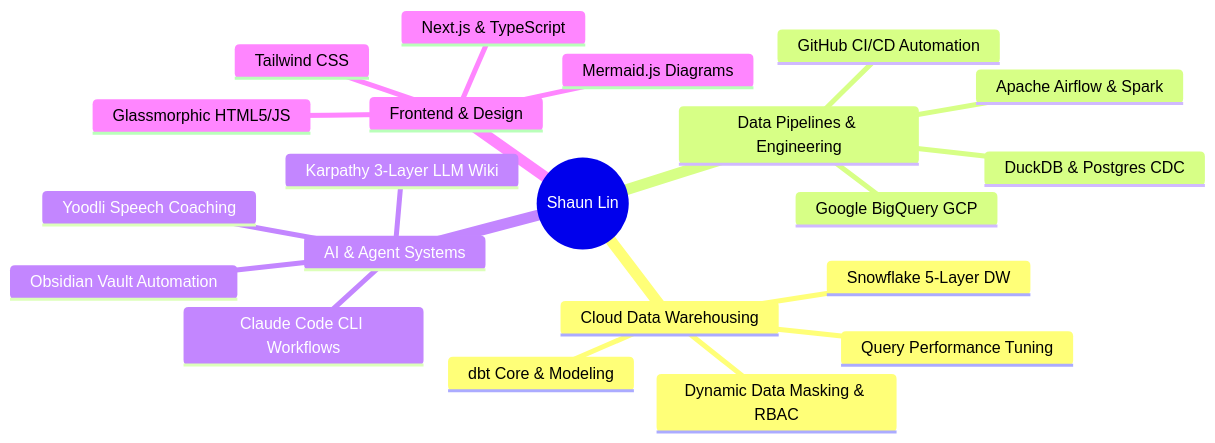
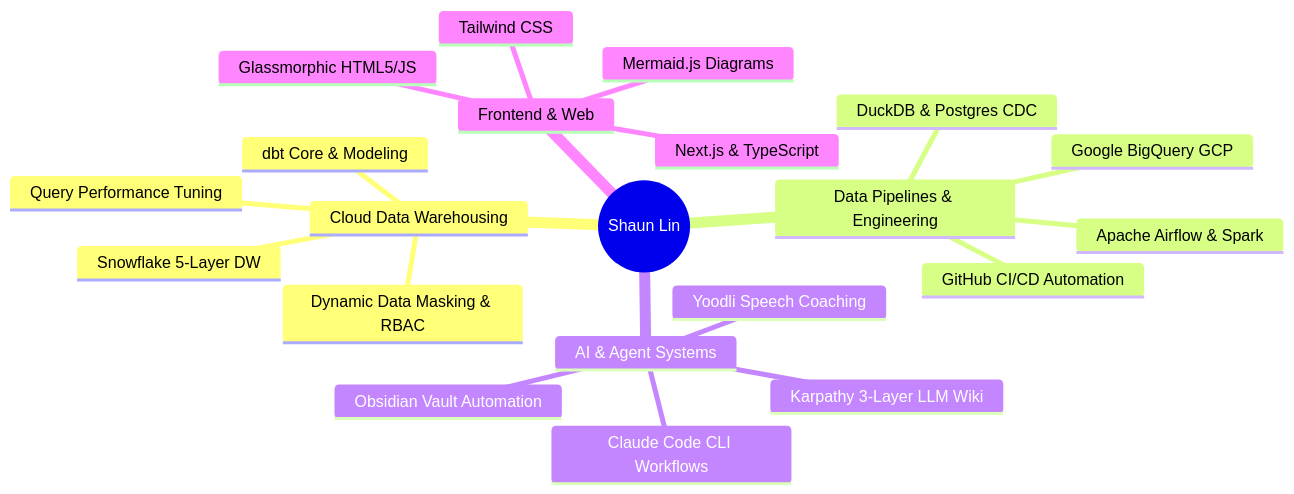
One commit to ShaunDataAnalytics/ShaunDataAnalytics.github.io changed the diagram in README.md. Above: the diagram before and after it, drawn with Mermaid. The commit also changed other lines of this file, not shown here.

````diff
--- a/README.md
+++ b/README.md
@@ -46,24 +57,24 @@
 ```mermaid
 mindmap
   root((Shaun Lin))
     Cloud Data Warehousing
       Snowflake 5-Layer DW
       dbt Core & Modeling
       Dynamic Data Masking & RBAC
       Query Performance Tuning
     Data Pipelines & Engineering
       Apache Airflow & Spark
       Google BigQuery GCP
       DuckDB & Postgres CDC
       GitHub CI/CD Automation
     AI & Agent Systems
       Claude Code CLI Workflows
       Karpathy 3-Layer LLM Wiki
       Yoodli Speech Coaching
       Obsidian Vault Automation
-    Frontend & Design
+    Frontend & Web
       Next.js & TypeScript
       Tailwind CSS
       Glassmorphic HTML5/JS
       Mermaid.js Diagrams
 ```
````
